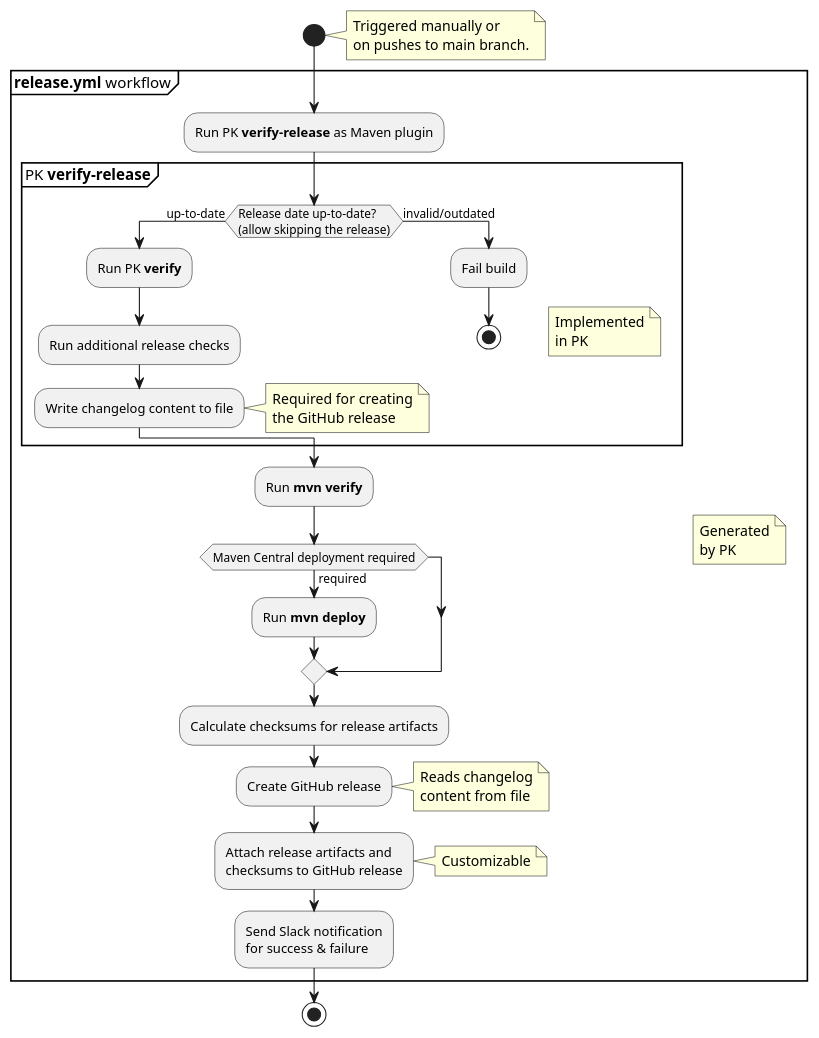
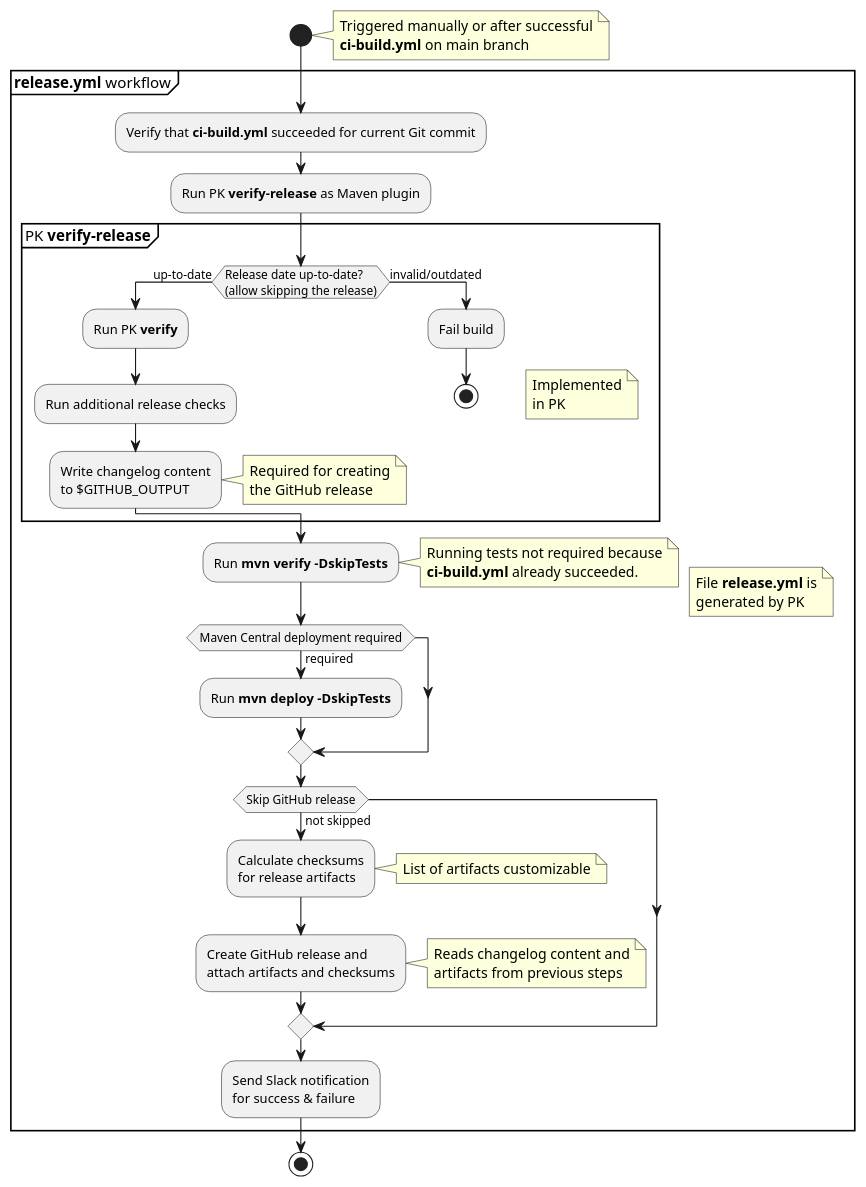
Before and after one commit to exasol/project-keeper: the diagram in doc/requirements/images/release_process.plantuml, drawn with PlantUML. The commit also changed 34 other files, not shown here.

Commit message:
#516 Add release.yml workflow (#538)

```diff
--- a/doc/requirements/images/release_process.plantuml
+++ b/doc/requirements/images/release_process.plantuml
@@ -1,51 +1,57 @@
 @startuml release_process
 
 start
 note right
-  Triggered manually or
-  on pushes to main branch.
+  Triggered manually or after successful
+  **ci-build.yml** on main branch
 end note
 group **release.yml** workflow
   note right
-    Generated
-    by PK
+    File **release.yml** is
+    generated by PK
   end note
+  :Verify that **ci-build.yml** succeeded for current Git commit;
   :Run PK **verify-release** as Maven plugin;
   group PK **verify-release**
     note right
       Implemented
       in PK
     end note
     if(Release date up-to-date?\n(allow skipping the release)) then (up-to-date)
       :Run PK **verify**;
       :Run additional release checks;
-      :Write changelog content to file;
+      :Write changelog content\nto $GITHUB_OUTPUT;
       note right
         Required for creating
         the GitHub release
       end note
     else (invalid/outdated)
       :Fail build;
       stop
     endif
   end group
-  :Run **mvn verify**;
+  :Run **mvn verify -DskipTests**;
+  note right
+    Running tests not required because
+    **ci-build.yml** already succeeded.
+  end note
   if(Maven Central deployment required) then (required)
-    :Run **mvn deploy**;
+    :Run **mvn deploy -DskipTests**;
   endif
-  :Calculate checksums for release artifacts;
-  :Create GitHub release;
-  note right
-    Reads changelog
-    content from file
-  end note
-  :Attach release artifacts and
-  checksums to GitHub release;
-  note right
-    Customizable
-  end note
+  if(Skip GitHub release) then (not skipped)
+    :Calculate checksums\nfor release artifacts;
+    note right
+      List of artifacts customizable
+    end note
+    :Create GitHub release and
+    attach artifacts and checksums;
+    note right
+      Reads changelog content and
+      artifacts from previous steps
+    end note
+  endif
   :Send Slack notification
   for success & failure;
 end group
 stop
 @enduml
```
